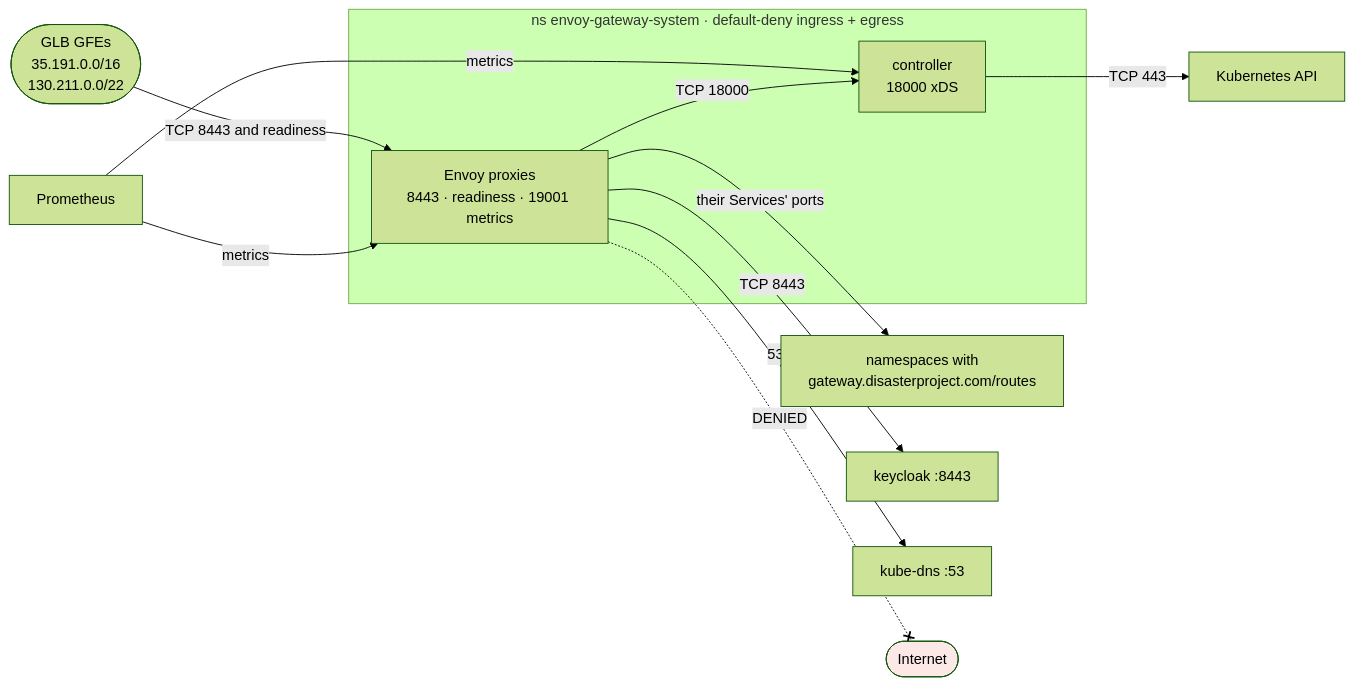
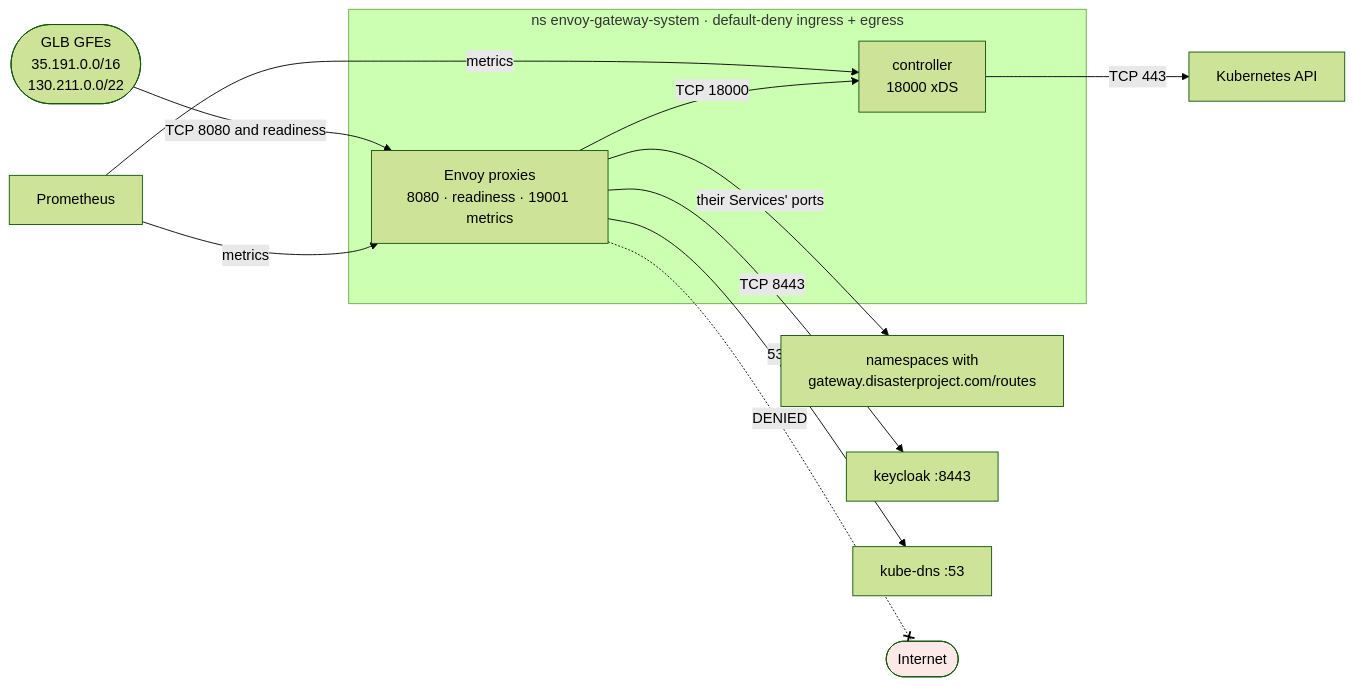
Before and after one commit to aescanero/proposal_documents: the diagram in docs/en/proposals/envoy-gateway-qa/diagrams/04-red.mmd, drawn with Mermaid (forest theme). The commit also changed 53 other files, not shown here.

```diff
--- a/docs/en/proposals/envoy-gateway-qa/diagrams/04-red.mmd
+++ b/docs/en/proposals/envoy-gateway-qa/diagrams/04-red.mmd
@@ -1,24 +1,24 @@
 flowchart LR
     GFE(["GLB GFEs<br/>35.191.0.0/16<br/>130.211.0.0/22"])
     subgraph NS["ns envoy-gateway-system · default-deny ingress + egress"]
-        PX["Envoy proxies<br/>8443 · readiness · 19001 metrics"]
+        PX["Envoy proxies<br/>8080 · readiness · 19001 metrics"]
         CTRL["controller<br/>18000 xDS"]
     end
     P["Prometheus"]
     APPS["namespaces with<br/>gateway.disasterproject.com/routes"]
     KC["keycloak :8443"]
     API["Kubernetes API"]
     DNS["kube-dns :53"]
     INET(["Internet"])
 
-    GFE -->|"TCP 8443 and readiness"| PX
+    GFE -->|"TCP 8080 and readiness"| PX
     P -->|"metrics"| PX
     P -->|"metrics"| CTRL
     PX -->|"TCP 18000"| CTRL
     PX -->|"their Services' ports"| APPS
     PX -->|"TCP 8443"| KC
     CTRL -->|"TCP 443"| API
     PX -->|"53"| DNS
     PX -.-x|"DENIED"| INET
 
     style INET fill:#fce8e6
```
